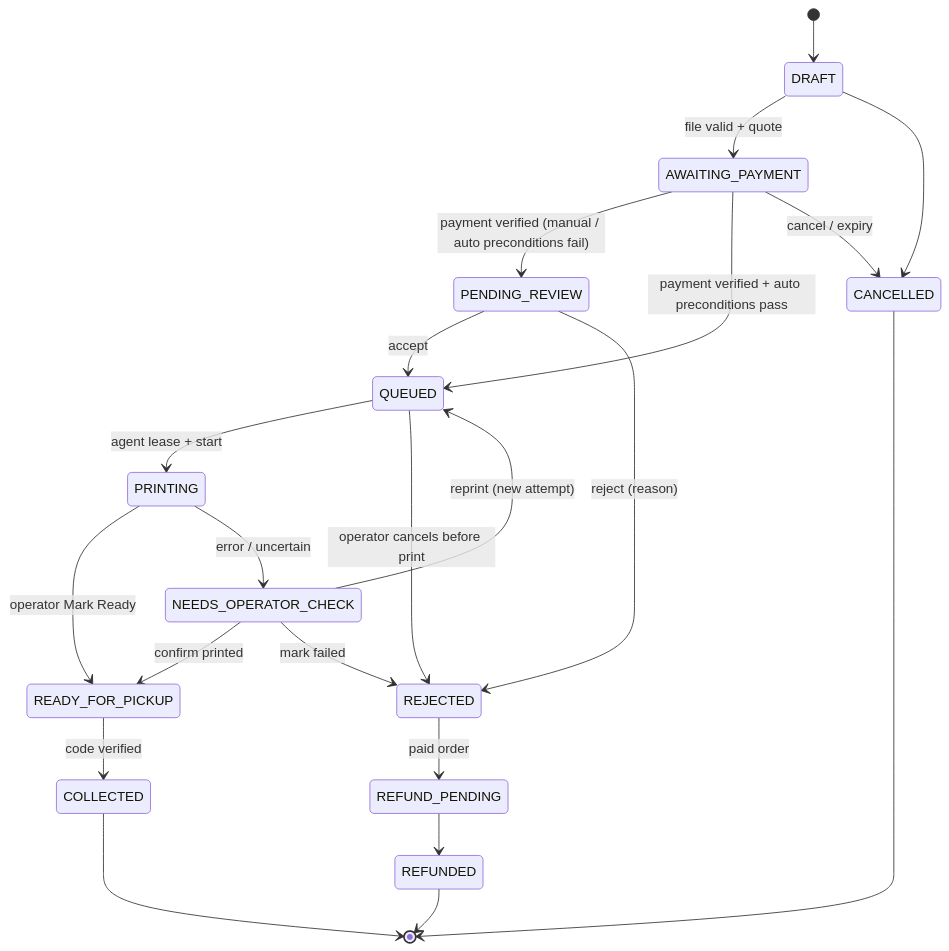
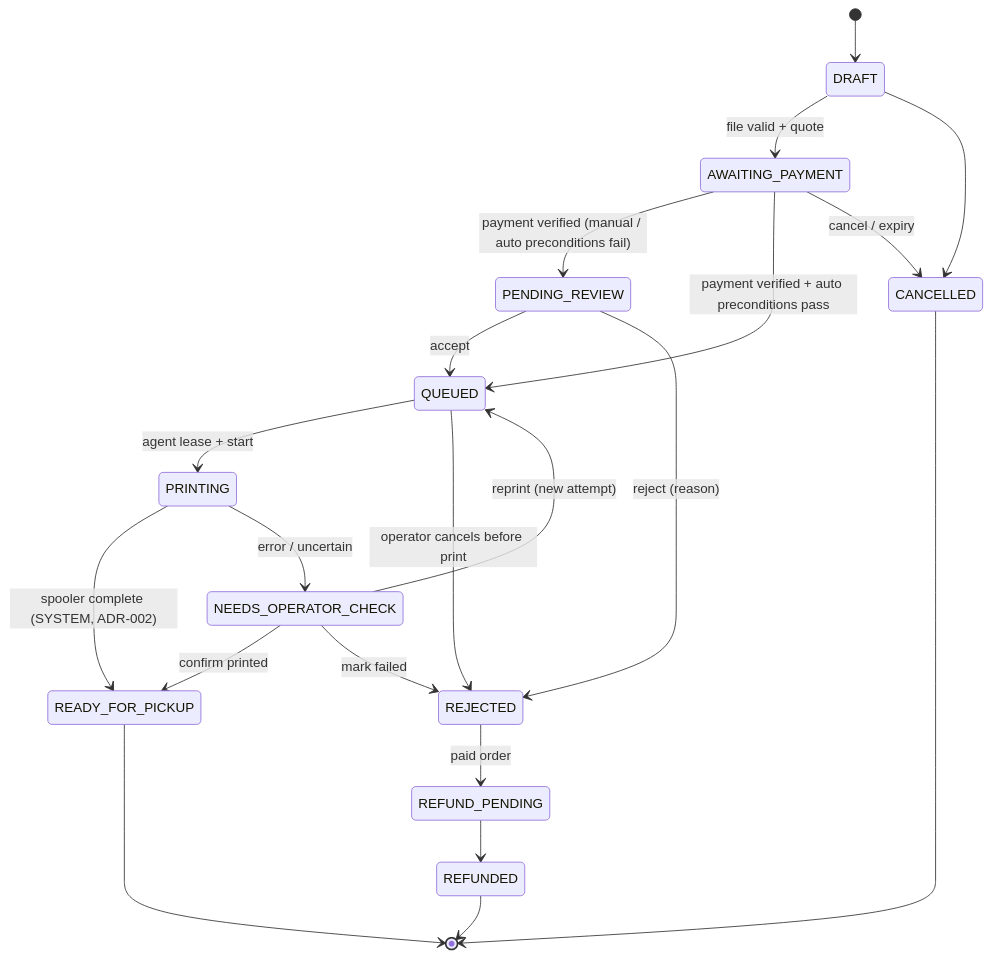
The diagram in docs/PRD.md (iKislay/kagaz), drawn with Mermaid before and after one commit. The commit also changed other lines of this file, not shown here.

Commit message:
ADR-002: PRD pickup code, READY and retention sections

````diff
--- a/docs/PRD.md
+++ b/docs/PRD.md
@@ -494,24 +459,23 @@
 ```mermaid
 stateDiagram-v2
   [*] --> DRAFT
   DRAFT --> AWAITING_PAYMENT: file valid + quote
   DRAFT --> CANCELLED
   AWAITING_PAYMENT --> PENDING_REVIEW: payment verified (manual / auto preconditions fail)
   AWAITING_PAYMENT --> QUEUED: payment verified + auto preconditions pass
   AWAITING_PAYMENT --> CANCELLED: cancel / expiry
   PENDING_REVIEW --> QUEUED: accept
   PENDING_REVIEW --> REJECTED: reject (reason)
   QUEUED --> PRINTING: agent lease + start
   QUEUED --> REJECTED: operator cancels before print
-  PRINTING --> READY_FOR_PICKUP: operator Mark Ready
+  PRINTING --> READY_FOR_PICKUP: spooler complete (SYSTEM, ADR-002)
   PRINTING --> NEEDS_OPERATOR_CHECK: error / uncertain
   NEEDS_OPERATOR_CHECK --> READY_FOR_PICKUP: confirm printed
   NEEDS_OPERATOR_CHECK --> QUEUED: reprint (new attempt)
   NEEDS_OPERATOR_CHECK --> REJECTED: mark failed
-  READY_FOR_PICKUP --> COLLECTED: code verified
+  READY_FOR_PICKUP --> [*]
   REJECTED --> REFUND_PENDING: paid order
   REFUND_PENDING --> REFUNDED
-  COLLECTED --> [*]
   REFUNDED --> [*]
   CANCELLED --> [*]
 ```
````
